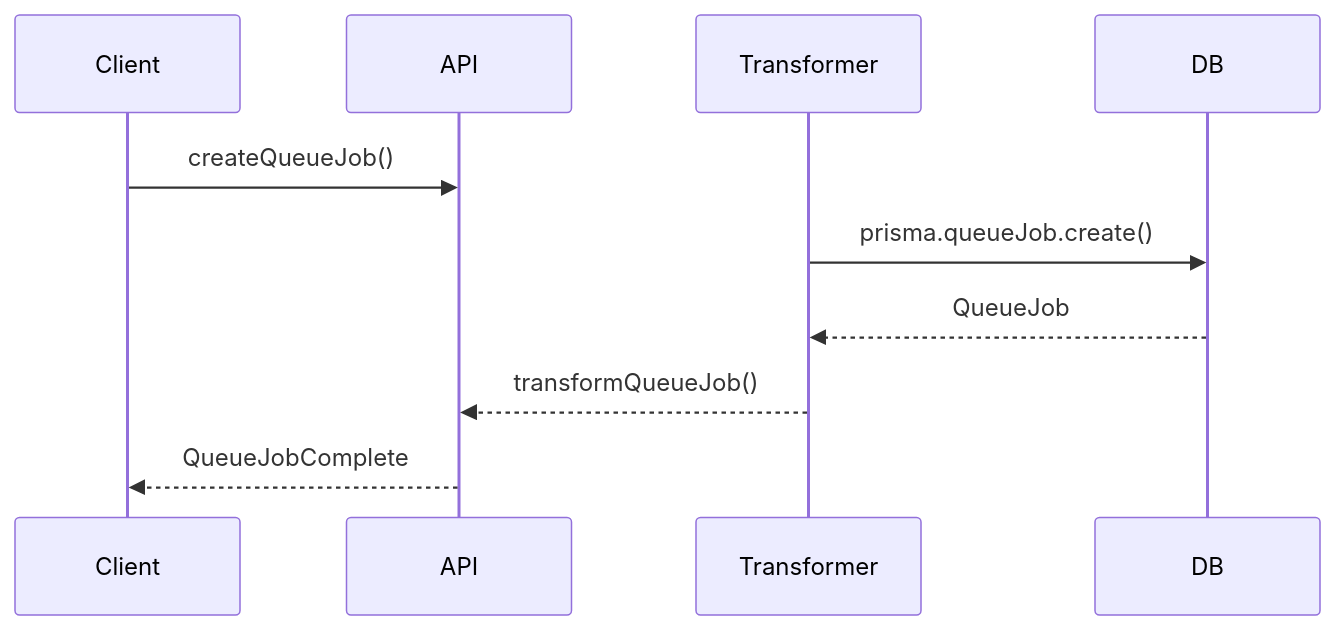
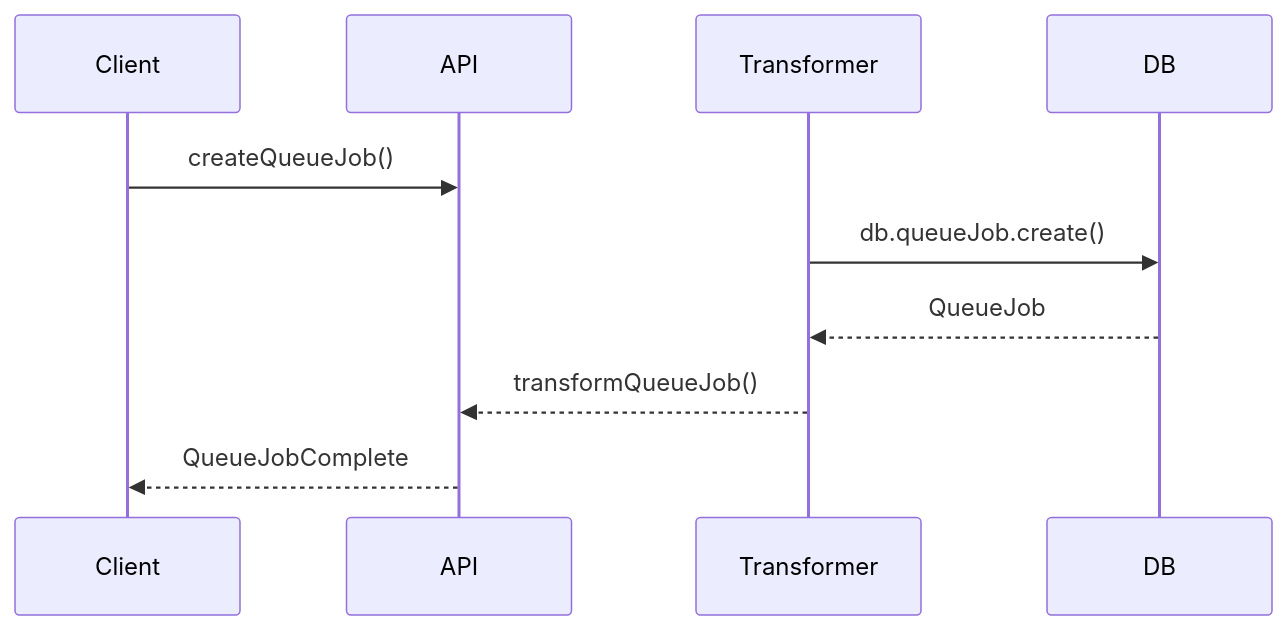
One commit to gvastethecreator/media-manager changed the second of 2 diagrams in src/types/entities/queue-job/documentation.md. Above: the diagram before and after it, drawn with Mermaid. The commit also changed 185 other files, not shown here.

````diff
--- a/src/types/entities/queue-job/documentation.md
+++ b/src/types/entities/queue-job/documentation.md
@@ -45,13 +45,13 @@
 ```mermaid
 sequenceDiagram
     participant Client
     participant API
     participant Transformer
     participant DB
     Client->>API: createQueueJob()
     
-    Transformer->>DB: prisma.queueJob.create()
+    Transformer->>DB: db.queueJob.create()
     DB-->>Transformer: QueueJob
     Transformer-->>API: transformQueueJob()
     API-->>Client: QueueJobComplete
 ```
````
